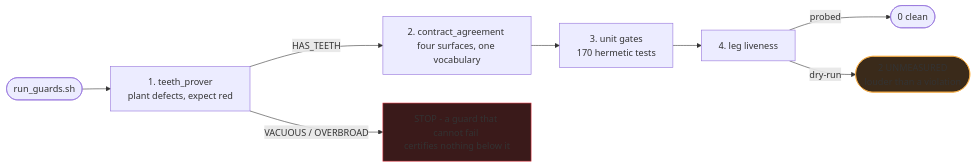
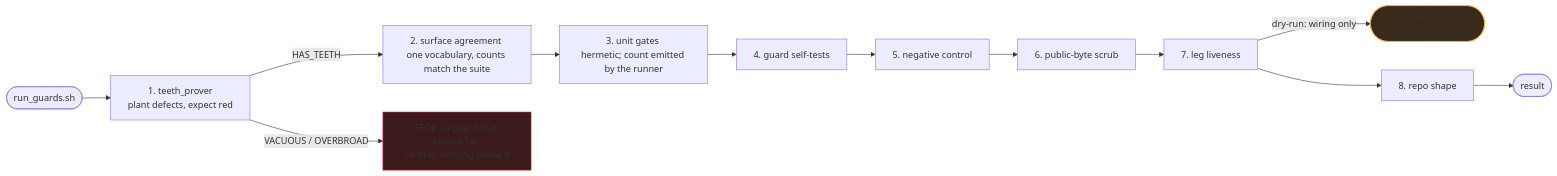
Before and after one commit to sherifican/Agent-FleetOps: the second of 4 diagrams in README.md, drawn with Mermaid. The commit also changed other lines of this file and 7 other files, not shown here.

````diff
--- a/README.md
+++ b/README.md
@@ -344,12 +370,16 @@
 ```mermaid
 flowchart LR
     S([run_guards.sh]) --> T1["1. teeth_prover <br/>plant defects, expect red"]
-    T1 -->|HAS_TEETH| T2["2. contract_agreement <br/>four surfaces, one vocabulary"]
+    T1 -->|HAS_TEETH| T2["2. surface agreement <br/>one vocabulary, counts match the suite"]
     T1 -->|VACUOUS / OVERBROAD| X1["STOP - a guard that cannot fail <br/>certifies nothing below it"]
-    T2 --> T3["3. unit gates <br/>170 hermetic tests"]
-    T3 --> T4[4. leg liveness]
-    T4 -->|probed| OK([0 clean])
-    T4 -->|dry-run| UM(["2 UNMEASURED <br/>louder than a violation"])
+    T2 --> T3["3. unit gates <br/>hermetic; count emitted by the runner"]
+    T3 --> T4["4. guard self-tests"]
+    T4 --> T5["5. negative control"]
+    T5 --> T6["6. public-byte scrub"]
+    T6 --> T7["7. leg liveness"]
+    T7 -->|dry-run: wiring only| UM(["2 UNMEASURED <br/>louder than a violation"])
+    T7 --> T8["8. repo shape"]
+    T8 --> OK([result])
     style X1 fill:#3a1a1a,stroke:#e63946
     style UM fill:#3a2a1a,stroke:#ffb347
 ```
````
